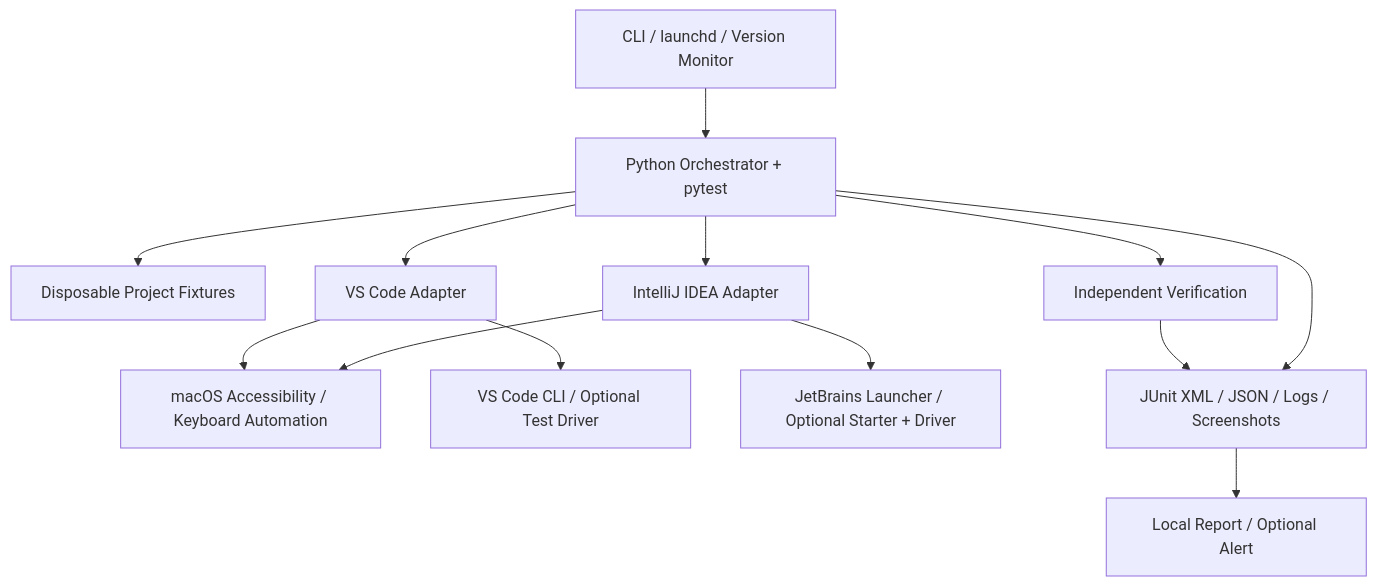
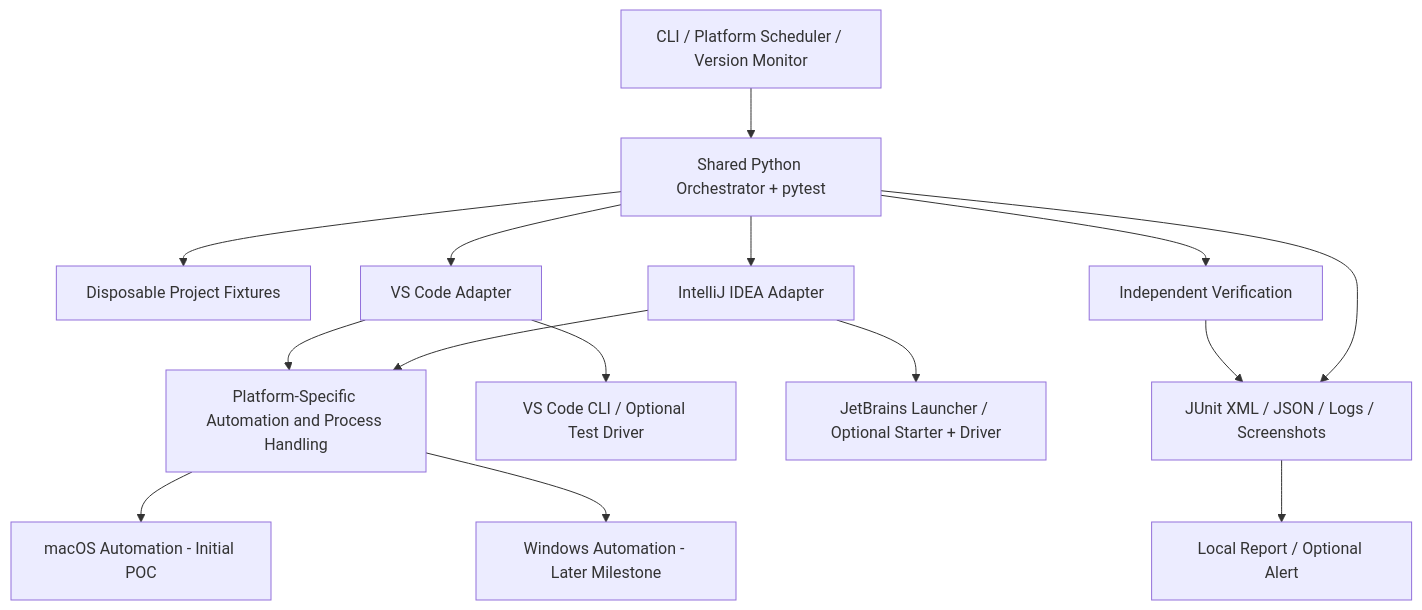
Before and after one commit to jimthompson5802/ide-tester: the first of 5 diagrams in specifications/ide-copilot-smoke-harness-proposal.md, drawn with Mermaid. The commit also changed other lines of this file, not shown here.

Commit message:
Enhance IDE smoke-test harness proposal with multi-platform support and detailed requirements

````diff
--- a/specifications/ide-copilot-smoke-harness-proposal.md
+++ b/specifications/ide-copilot-smoke-harness-proposal.md
@@ -35,15 +37,17 @@
 ```mermaid
 flowchart TD
-    T[CLI / launchd / Version Monitor] --> O[Python Orchestrator + pytest]
+    T[CLI / Platform Scheduler / Version Monitor] --> O[Shared Python Orchestrator + pytest]
     O --> F[Disposable Project Fixtures]
     O --> V[VS Code Adapter]
     O --> I[IntelliJ IDEA Adapter]
-    V --> A[macOS Accessibility / Keyboard Automation]
-    I --> A
+    V --> P[Platform-Specific Automation and Process Handling]
+    I --> P
+    P --> A[macOS Automation - Initial POC]
+    P --> W[Windows Automation - Later Milestone]
     V --> VC[VS Code CLI / Optional Test Driver]
     I --> JD[JetBrains Launcher / Optional Starter + Driver]
     O --> Q[Independent Verification]
     Q --> R[JUnit XML / JSON / Logs / Screenshots]
     O --> R
     R --> N[Local Report / Optional Alert]
 ```
````
